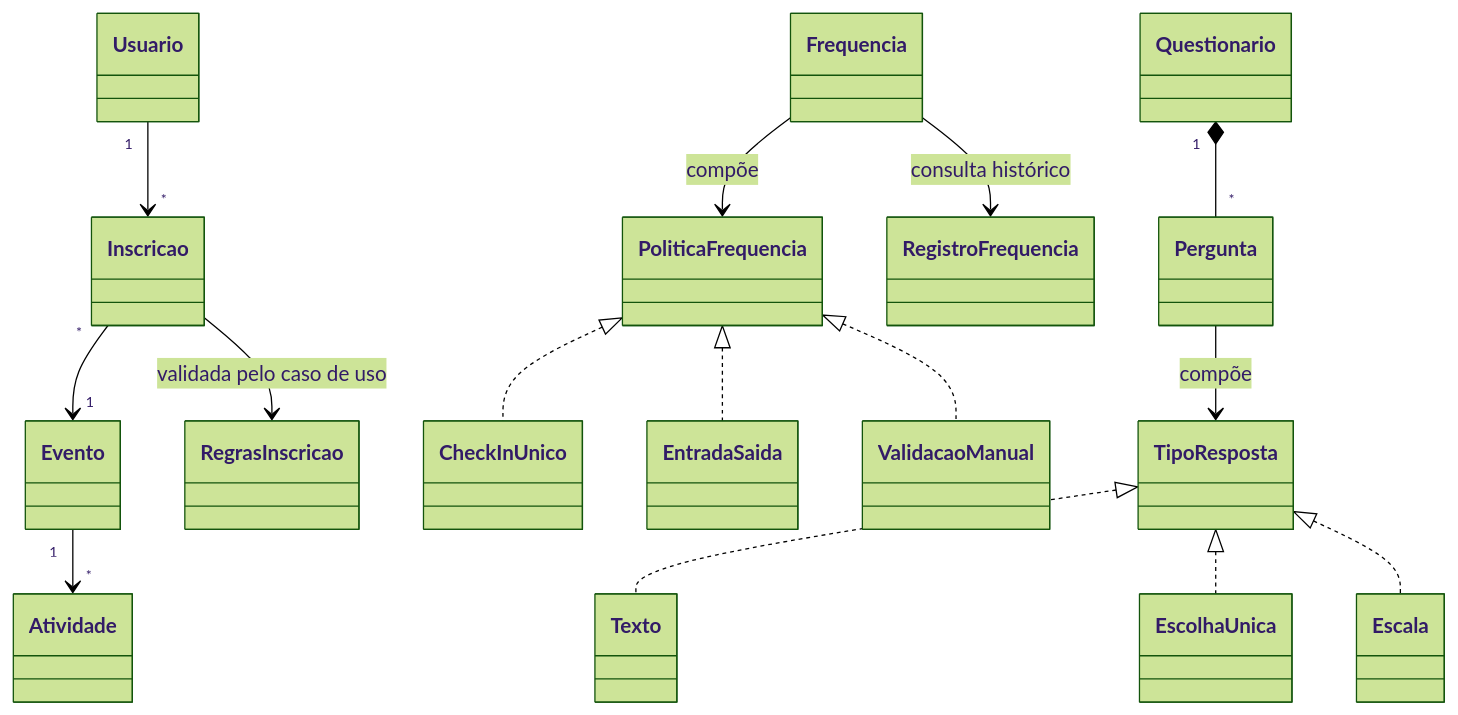
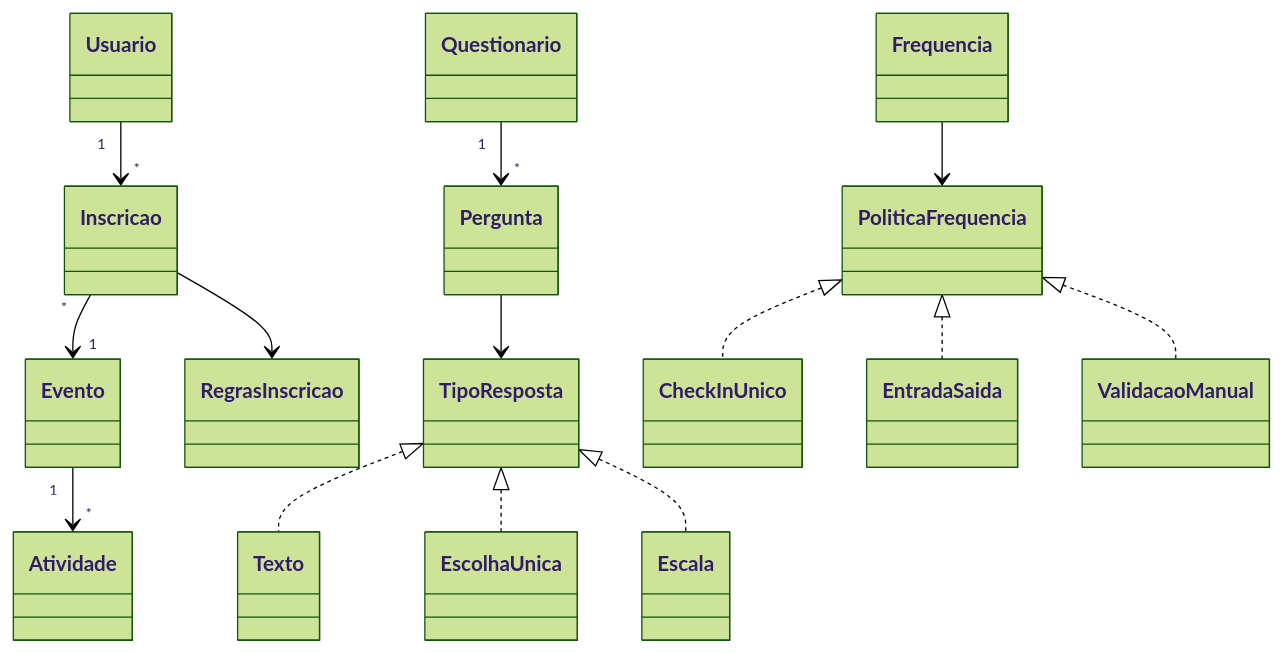
One commit to rezzzendev/POO-II changed the second of 2 diagrams in docs/arquitetura.md. Above: the diagram before and after it, drawn with Mermaid (forest theme). The commit also changed other lines of this file, not shown here.

````diff
--- a/docs/arquitetura.md
+++ b/docs/arquitetura.md
@@ -39,17 +60,18 @@
 ```mermaid
 classDiagram
-  Evento "1" --> "*" Atividade
-  Usuario "1" --> "*" Inscricao
-  Inscricao "*" --> "1" Evento
-  Inscricao --> RegrasInscricao : validada pelo caso de uso
-  Frequencia --> PoliticaFrequencia : compõe
-  Frequencia --> RegistroFrequencia : consulta histórico
-  PoliticaFrequencia <|.. CheckInUnico
-  PoliticaFrequencia <|.. EntradaSaida
-  PoliticaFrequencia <|.. ValidacaoManual
-  Questionario "1" *-- "*" Pergunta
-  Pergunta --> TipoResposta : compõe
-  TipoResposta <|.. Texto
-  TipoResposta <|.. EscolhaUnica
-  TipoResposta <|.. Escala
+    Usuario "1" --> "*" Inscricao
+    Evento "1" --> "*" Atividade
+    Inscricao "*" --> "1" Evento
+    Inscricao --> RegrasInscricao
+    Frequencia --> PoliticaFrequencia
+    Questionario "1" --> "*" Pergunta
+    Pergunta --> TipoResposta
+
+    PoliticaFrequencia <|.. CheckInUnico
+    PoliticaFrequencia <|.. EntradaSaida
+    PoliticaFrequencia <|.. ValidacaoManual
+
+    TipoResposta <|.. Texto
+    TipoResposta <|.. EscolhaUnica
+    TipoResposta <|.. Escala
 ```
````
